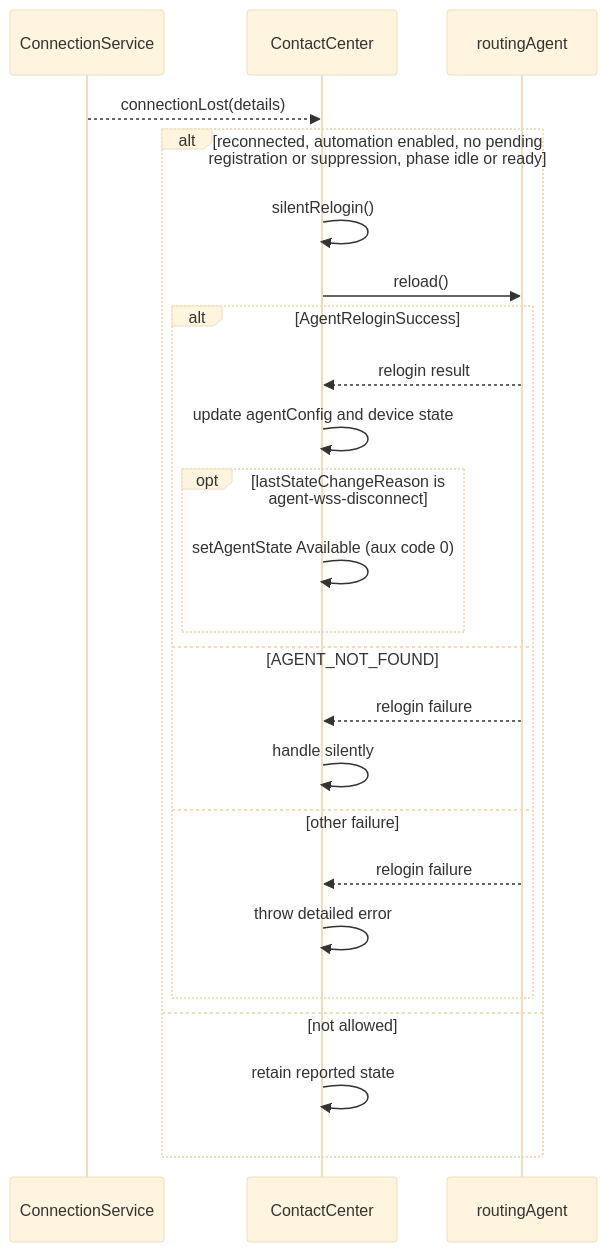
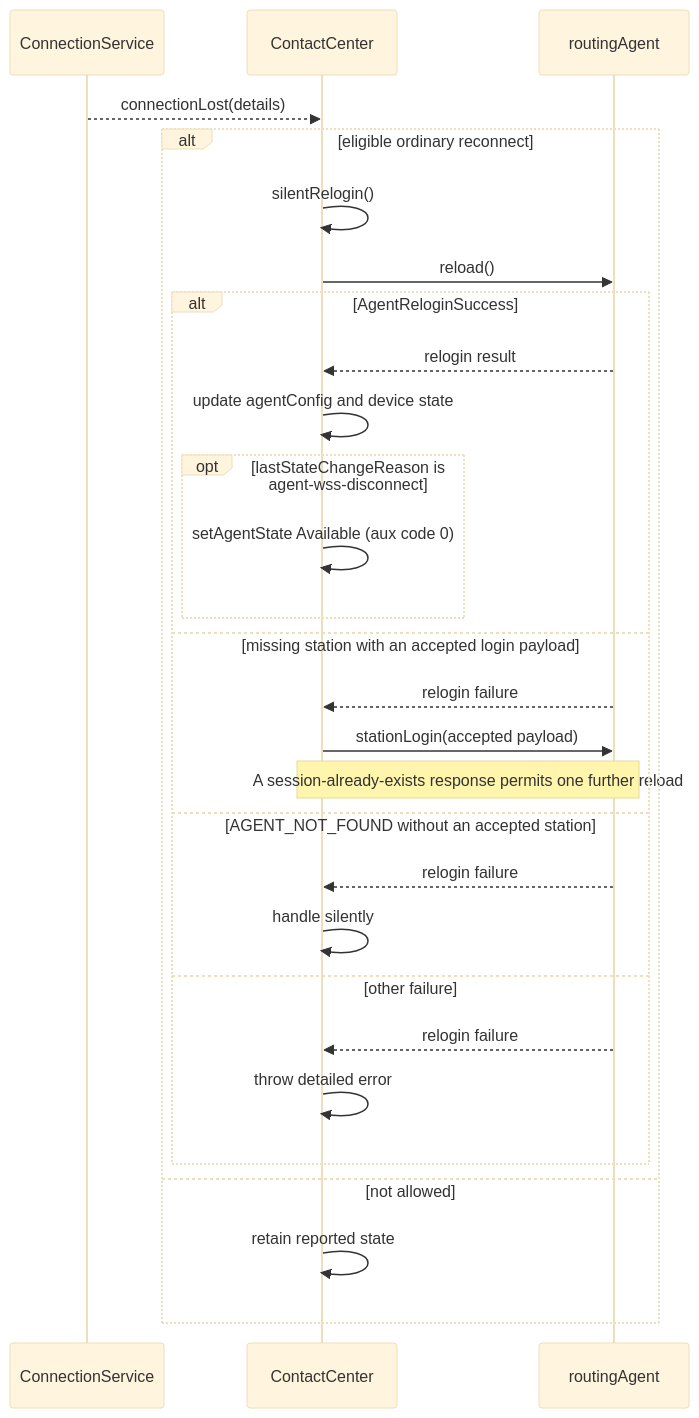
Before and after one commit to webex/webex-js-sdk: the fifth of 7 diagrams in packages/@webex/contact-center/src/services/agent/docs/README.md, drawn with Mermaid (base theme). The commit also changed other lines of this file and 19 other files, not shown here.

````diff
--- a/packages/@webex/contact-center/src/services/agent/docs/README.md
+++ b/packages/@webex/contact-center/src/services/agent/docs/README.md
@@ -469,26 +469,30 @@
 ```mermaid
 sequenceDiagram
   participant CS as ConnectionService
   participant CC as ContactCenter
   participant Agent as routingAgent
   CS-->>CC: connectionLost(details)
-  alt reconnected, automation enabled, no pending registration or suppression, phase idle or ready
+  alt eligible ordinary reconnect
     CC->>CC: silentRelogin()
     CC->>Agent: reload()
     alt AgentReloginSuccess
       Agent-->>CC: relogin result
       CC->>CC: update agentConfig and device state
       opt lastStateChangeReason is agent-wss-disconnect
         CC->>CC: setAgentState Available (aux code 0)
       end
-    else AGENT_NOT_FOUND
+    else missing station with an accepted login payload
+      Agent-->>CC: relogin failure
+      CC->>Agent: stationLogin(accepted payload)
+      Note over CC,Agent: A session-already-exists response permits one further reload
+    else AGENT_NOT_FOUND without an accepted station
       Agent-->>CC: relogin failure
       CC->>CC: handle silently
     else other failure
       Agent-->>CC: relogin failure
       CC->>CC: throw detailed error
     end
   else not allowed
     CC->>CC: retain reported state
   end
 ```
````
